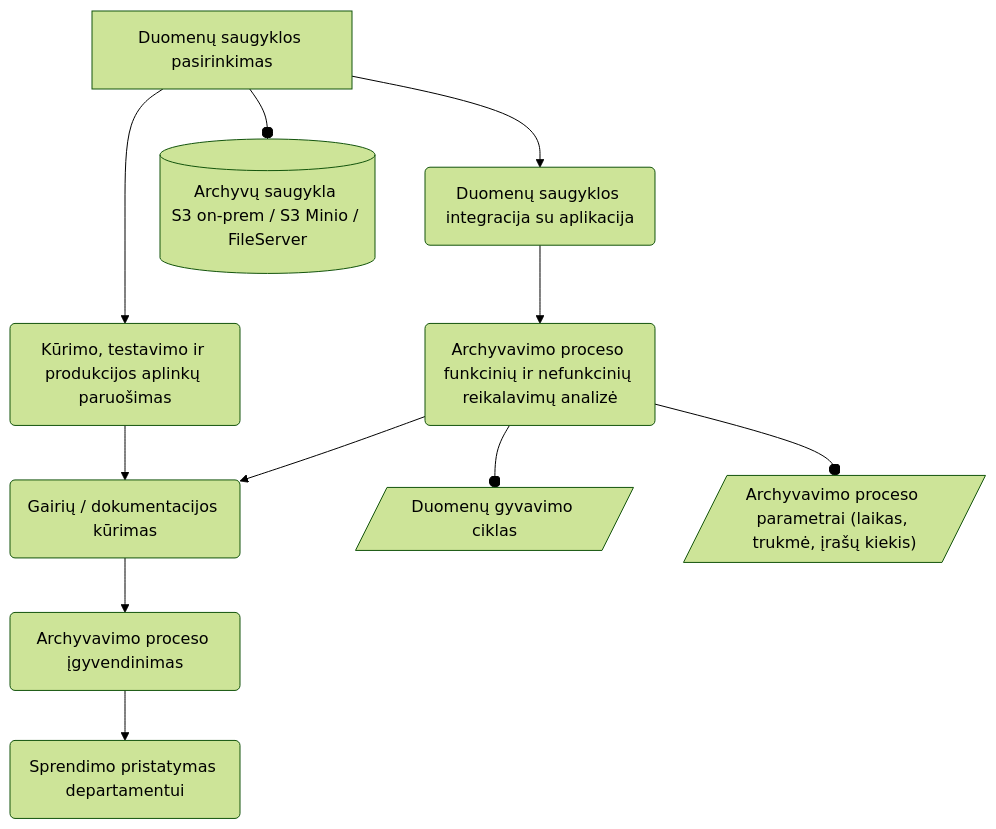
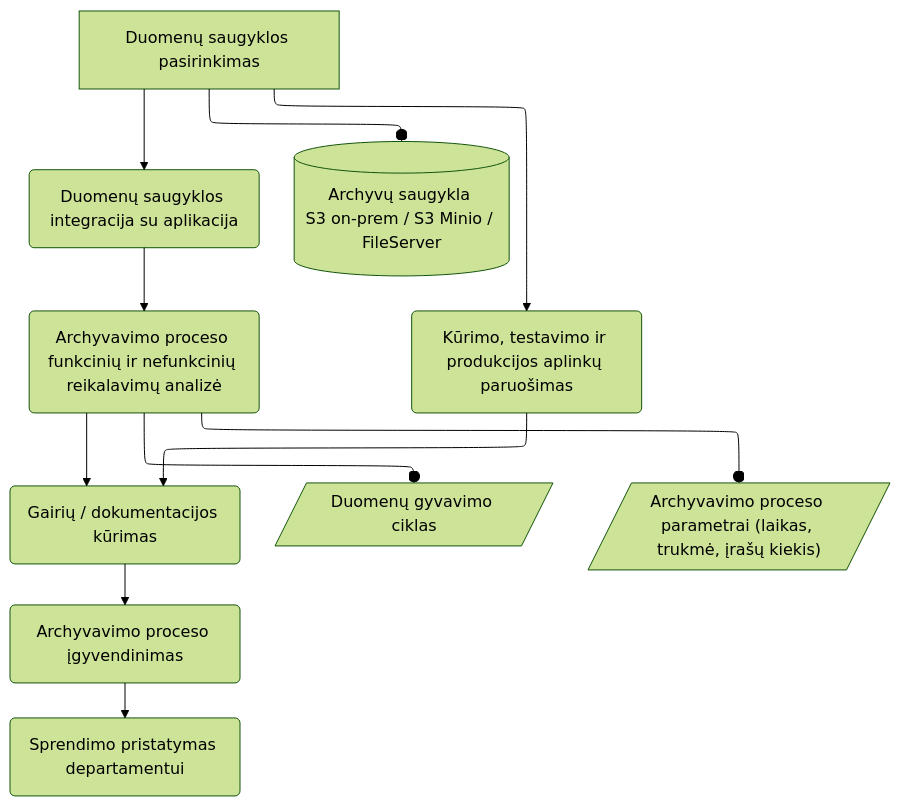
The diagram in diagrams/plan.md (onlyidev/bachelor.practice), drawn with Mermaid (forest theme) before and after one commit. The commit also changed 5 other files, not shown here.

````diff
--- a/diagrams/plan.md
+++ b/diagrams/plan.md
@@ -1,19 +1,23 @@
 ```mermaid
+---
+config:
+  layout: elk
+---
 flowchart TD
 analysis["Duomenų saugyklos pasirinkimas"]
 guidelines("Gairių / dokumentacijos kūrimas")
 integrate("Duomenų saugyklos integracija su aplikacija")
 requirements("Archyvavimo proceso funkcinių ir nefunkcinių reikalavimų analizė")
 env("Kūrimo, testavimo ir produkcijos aplinkų paruošimas")
 process("Archyvavimo proceso įgyvendinimas")
 presentation("Sprendimo pristatymas departamentui")
 
 requirements --o data[/"Duomenų gyvavimo ciklas"/]
 requirements --o nfr[/"Archyvavimo proceso parametrai (laikas, trukmė, įrašų kiekis)"/]
 analysis --o db[("Archyvų saugykla 
 S3 on-prem / S3 Minio / FileServer")]
 
 analysis --> integrate & env
 integrate --> requirements
 env & requirements --> guidelines --> process --> presentation
 ```
````
